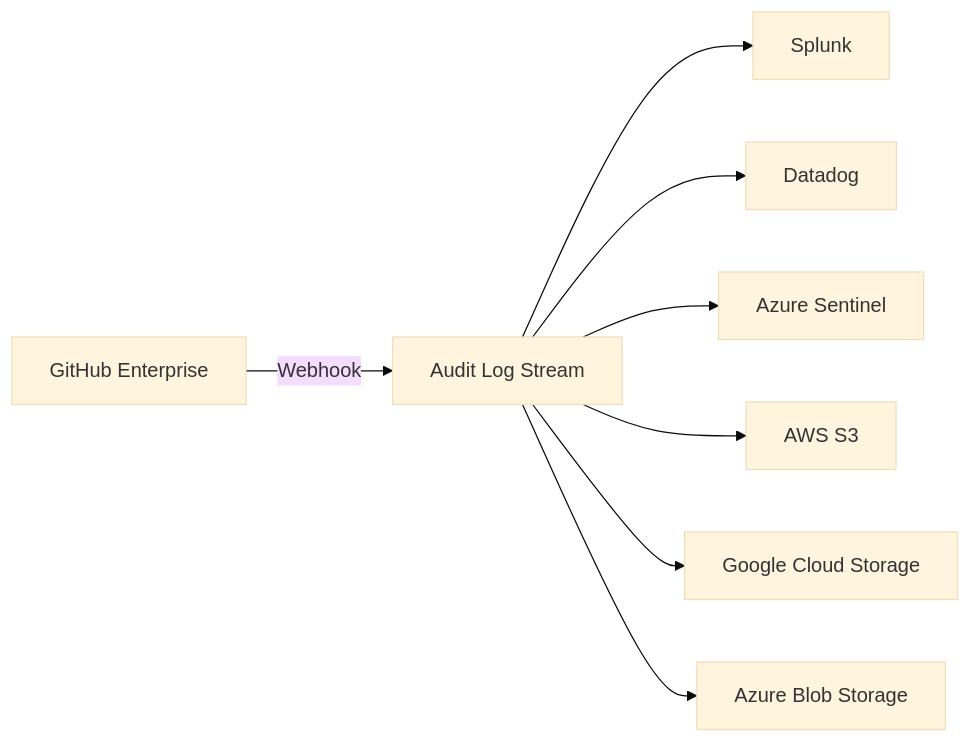
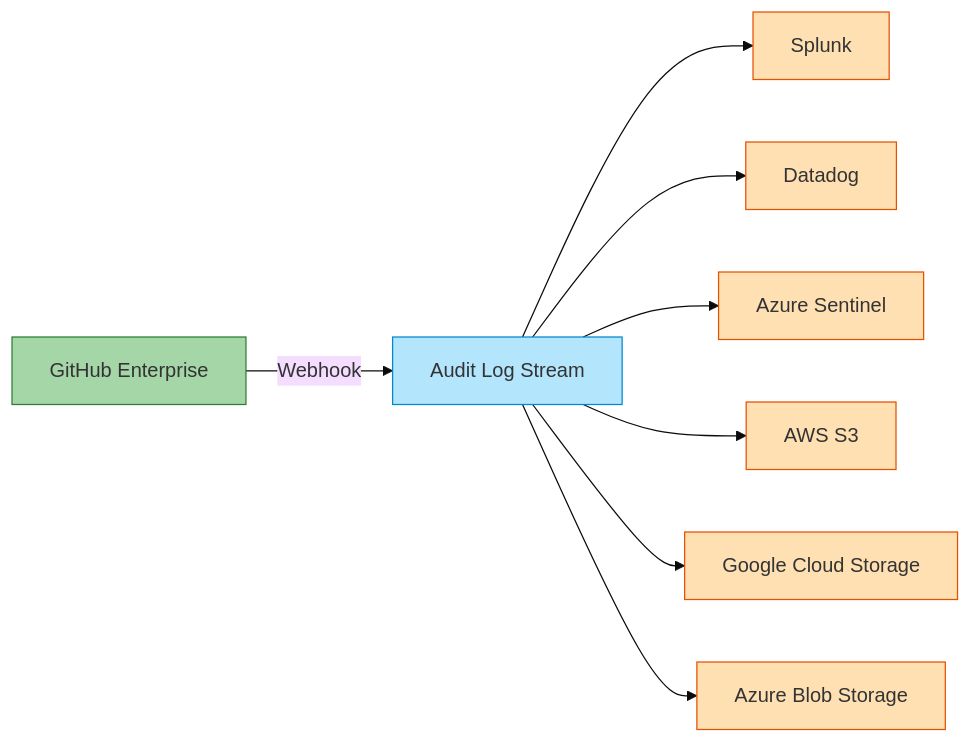
Before and after one commit to jmassardo/jmassardo.github.io: the sixth of 11 diagrams in _posts/2026-01-14-migrating-to-github-enterprise-managed-users.md, drawn with Mermaid (base theme). The commit also changed other lines of this file and 12 other files, not shown here.

````diff
--- a/_posts/2026-01-14-migrating-to-github-enterprise-managed-users.md
+++ b/_posts/2026-01-14-migrating-to-github-enterprise-managed-users.md
@@ -852,10 +872,19 @@
 ```mermaid
 flowchart LR
     GH[GitHub Enterprise] -->|Webhook| STREAM[Audit Log Stream]
     STREAM --> SPLUNK[Splunk]
     STREAM --> DATADOG[Datadog]
     STREAM --> SENTINEL[Azure Sentinel]
     STREAM --> S3[AWS S3]
     STREAM --> GCS[Google Cloud Storage]
     STREAM --> BLOB[Azure Blob Storage]
+
+    style GH fill:#a5d6a7,stroke:#2e7d32,color:#333
+    style STREAM fill:#b3e5fc,stroke:#0288d1,color:#333
+    style SPLUNK fill:#ffe0b2,stroke:#e65100,color:#333
+    style DATADOG fill:#ffe0b2,stroke:#e65100,color:#333
+    style SENTINEL fill:#ffe0b2,stroke:#e65100,color:#333
+    style S3 fill:#ffe0b2,stroke:#e65100,color:#333
+    style GCS fill:#ffe0b2,stroke:#e65100,color:#333
+    style BLOB fill:#ffe0b2,stroke:#e65100,color:#333
 ```
````
